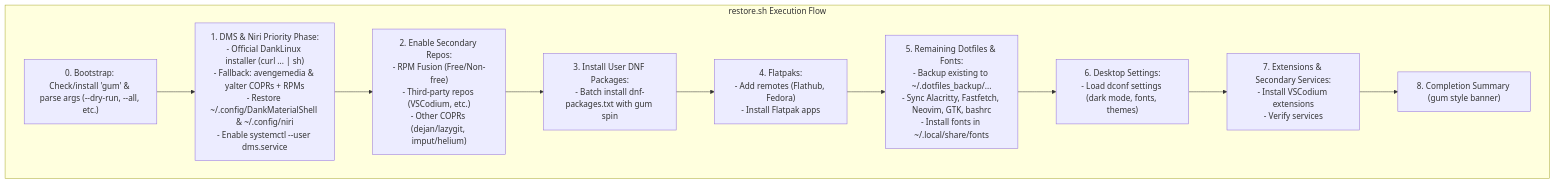
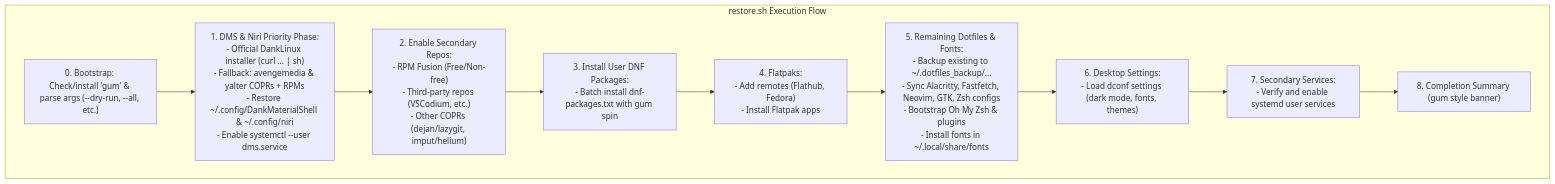
The diagram in PLAN.md (Torveek/fedora-dms-dotfiles), drawn with Mermaid before and after one commit. The commit also changed other lines of this file and 13 other files, not shown here.

Commit message:
feat: exclude VSCodium extensions and switch shell backup from Bash to Zsh

````diff
--- a/PLAN.md
+++ b/PLAN.md
@@ -31,16 +31,16 @@
 ```mermaid
 flowchart TD
     subgraph RestoreFlow ["restore.sh Execution Flow"]
         BOOT["0. Bootstrap: Check/install 'gum' & parse args (--dry-run, --all, etc.)"]
         DMS_PHASE["1. DMS & Niri Priority Phase:\n- Official DankLinux installer (curl ... | sh)\n- Fallback: avengemedia & yalter COPRs + RPMs\n- Restore ~/.config/DankMaterialShell & ~/.config/niri\n- Enable systemctl --user dms.service"]
         REPO_PHASE["2. Enable Secondary Repos:\n- RPM Fusion (Free/Non-free)\n- Third-party repos (VSCodium, etc.)\n- Other COPRs (dejan/lazygit, imput/helium)"]
         PKG_PHASE["3. Install User DNF Packages:\n- Batch install dnf-packages.txt with gum spin"]
         FP_PHASE["4. Flatpaks:\n- Add remotes (Flathub, Fedora)\n- Install Flatpak apps"]
-        DOT_PHASE["5. Remaining Dotfiles & Fonts:\n- Backup existing to ~/.dotfiles_backup/...\n- Sync Alacritty, Fastfetch, Neovim, GTK, bashrc\n- Install fonts in ~/.local/share/fonts"]
+        DOT_PHASE["5. Remaining Dotfiles & Fonts:\n- Backup existing to ~/.dotfiles_backup/...\n- Sync Alacritty, Fastfetch, Neovim, GTK, Zsh configs\n- Bootstrap Oh My Zsh & plugins\n- Install fonts in ~/.local/share/fonts"]
         DCONF_PHASE["6. Desktop Settings:\n- Load dconf settings (dark mode, fonts, themes)"]
-        EXT_PHASE["7. Extensions & Secondary Services:\n- Install VSCodium extensions\n- Verify services"]
+        SVC_PHASE["7. Secondary Services:\n- Verify and enable systemd user services"]
         DONE["8. Completion Summary (gum style banner)"]
     end
 
-    BOOT --> DMS_PHASE --> REPO_PHASE --> PKG_PHASE --> FP_PHASE --> DOT_PHASE --> DCONF_PHASE --> EXT_PHASE --> DONE
+    BOOT --> DMS_PHASE --> REPO_PHASE --> PKG_PHASE --> FP_PHASE --> DOT_PHASE --> DCONF_PHASE --> SVC_PHASE --> DONE
 ```
````
